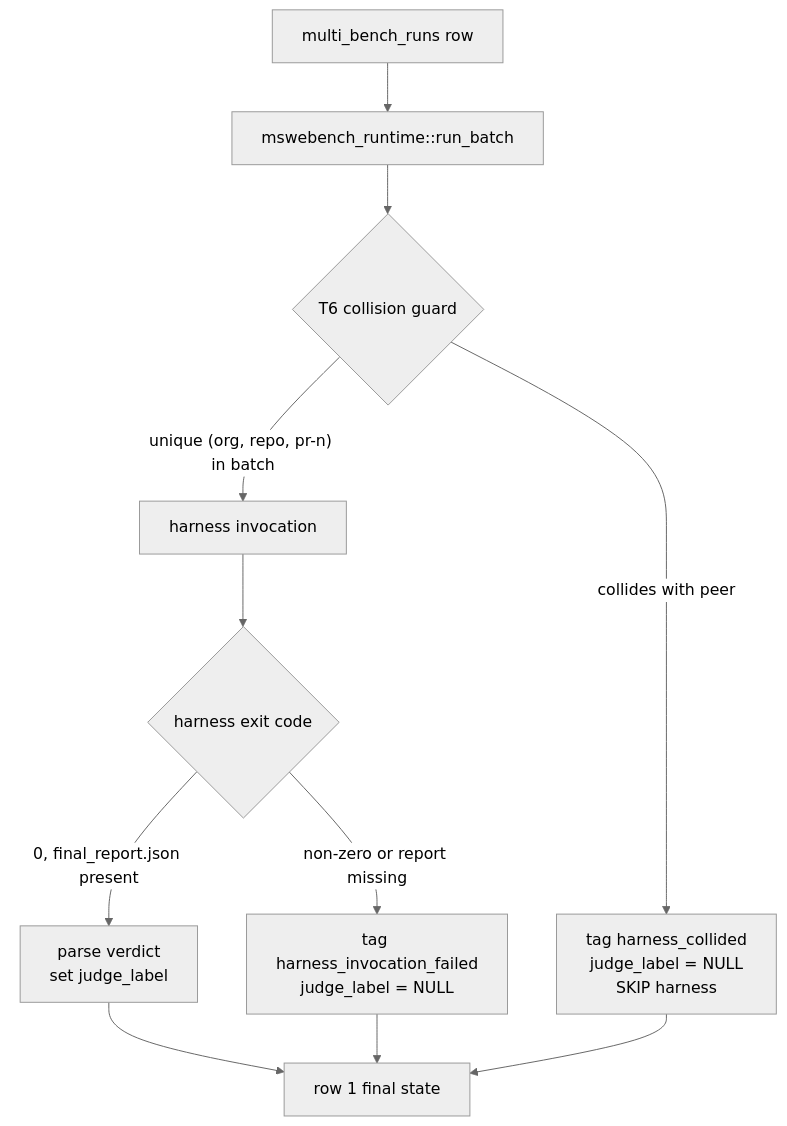
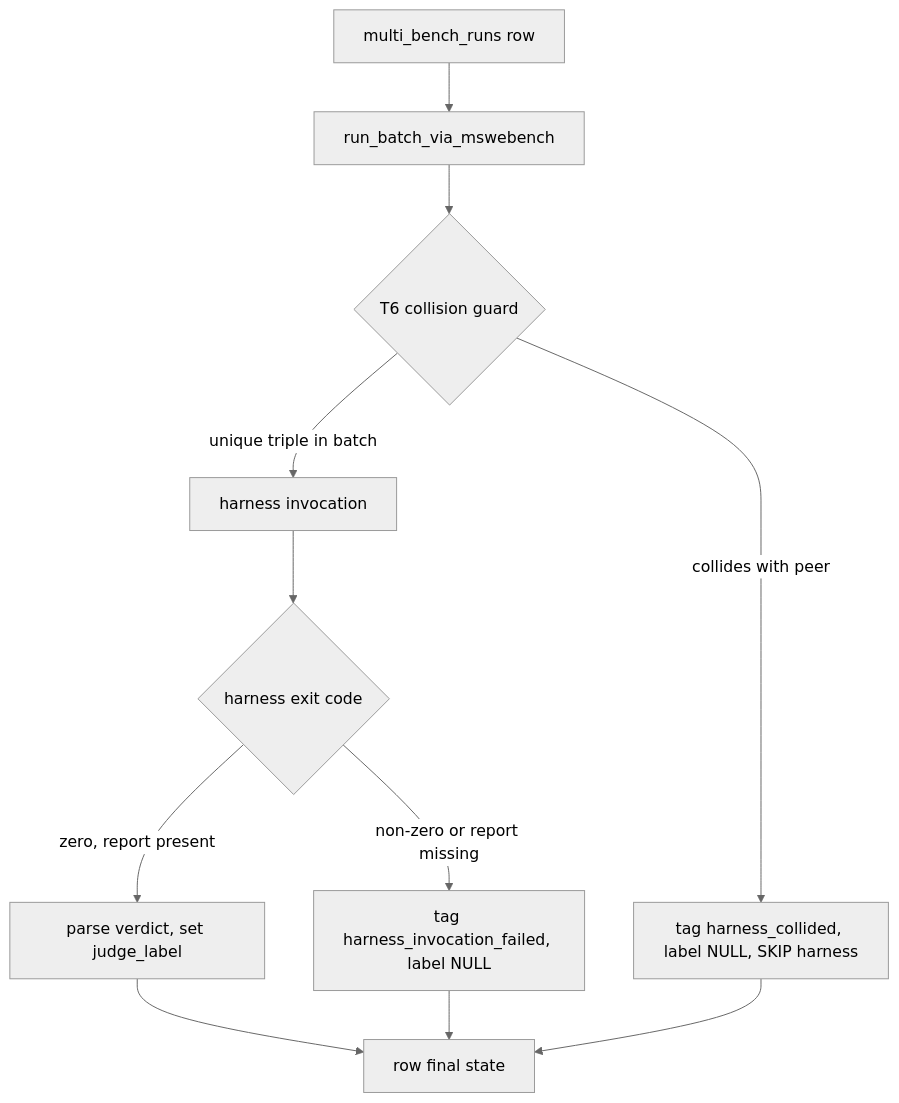
The second of 4 diagrams in src/content/essays/multi-swe-bench-wiring.mdx (samrathchadha/perseusresearch), drawn with Mermaid (neutral theme) before and after one commit. The commit also changed other lines of this file and 27 other files, not shown here.

````diff
--- a/src/content/essays/multi-swe-bench-wiring.mdx
+++ b/src/content/essays/multi-swe-bench-wiring.mdx
@@ -307,13 +166,13 @@
 ```mermaid
 flowchart TD
-    A[multi_bench_runs row] --> B[mswebench_runtime::run_batch]
+    A[multi_bench_runs row] --> B[run_batch_via_mswebench]
     B --> C{T6 collision guard}
-    C -->|"unique (org, repo, pr-n) in batch"| D[harness invocation]
-    C -->|"collides with peer"| E["tag harness_collided\njudge_label = NULL\nSKIP harness"]
+    C -->|unique triple in batch| D[harness invocation]
+    C -->|collides with peer| E[tag harness_collided, label NULL, SKIP harness]
     D --> F{harness exit code}
-    F -->|"0, final_report.json present"| G[parse verdict\nset judge_label]
-    F -->|"non-zero or report missing"| H["tag harness_invocation_failed\njudge_label = NULL"]
-    G --> I[row 1 final state]
+    F -->|zero, report present| G[parse verdict, set judge_label]
+    F -->|non-zero or report missing| H[tag harness_invocation_failed, label NULL]
+    G --> I[row final state]
     E --> I
     H --> I
 ```
````
